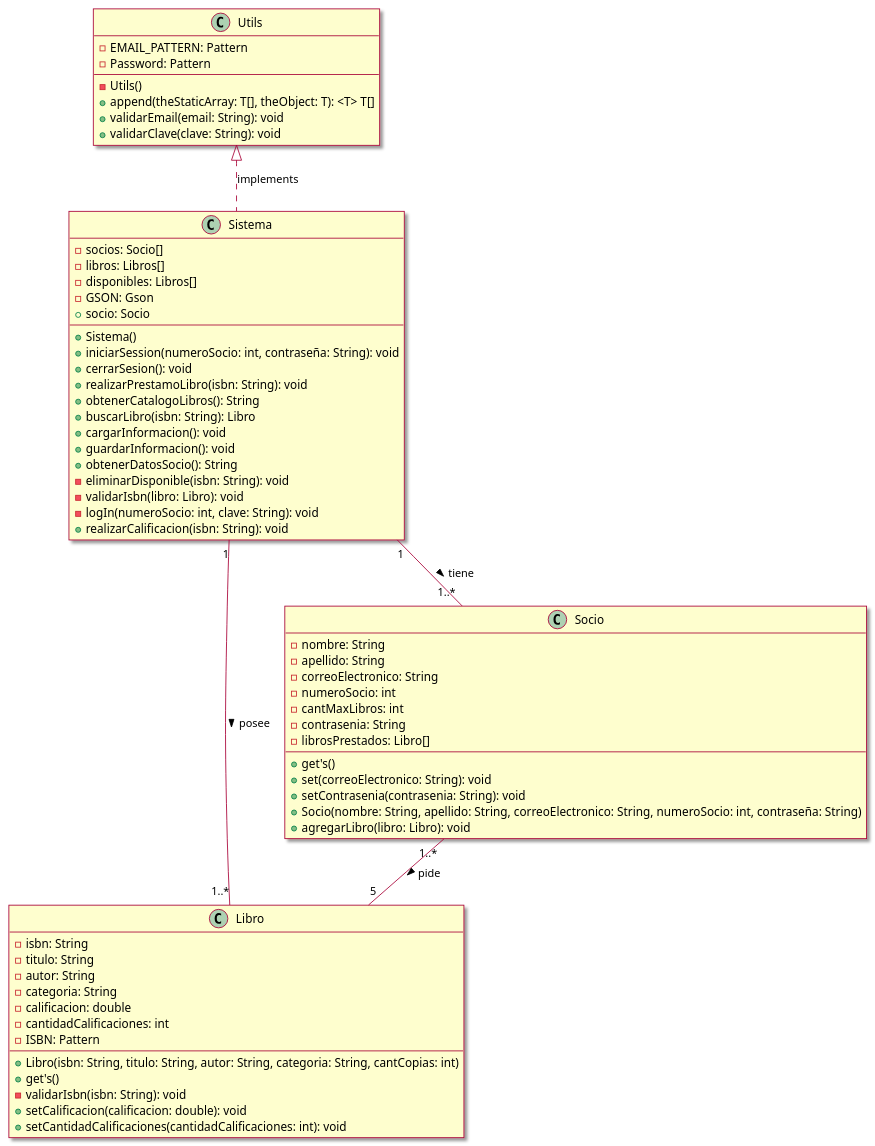
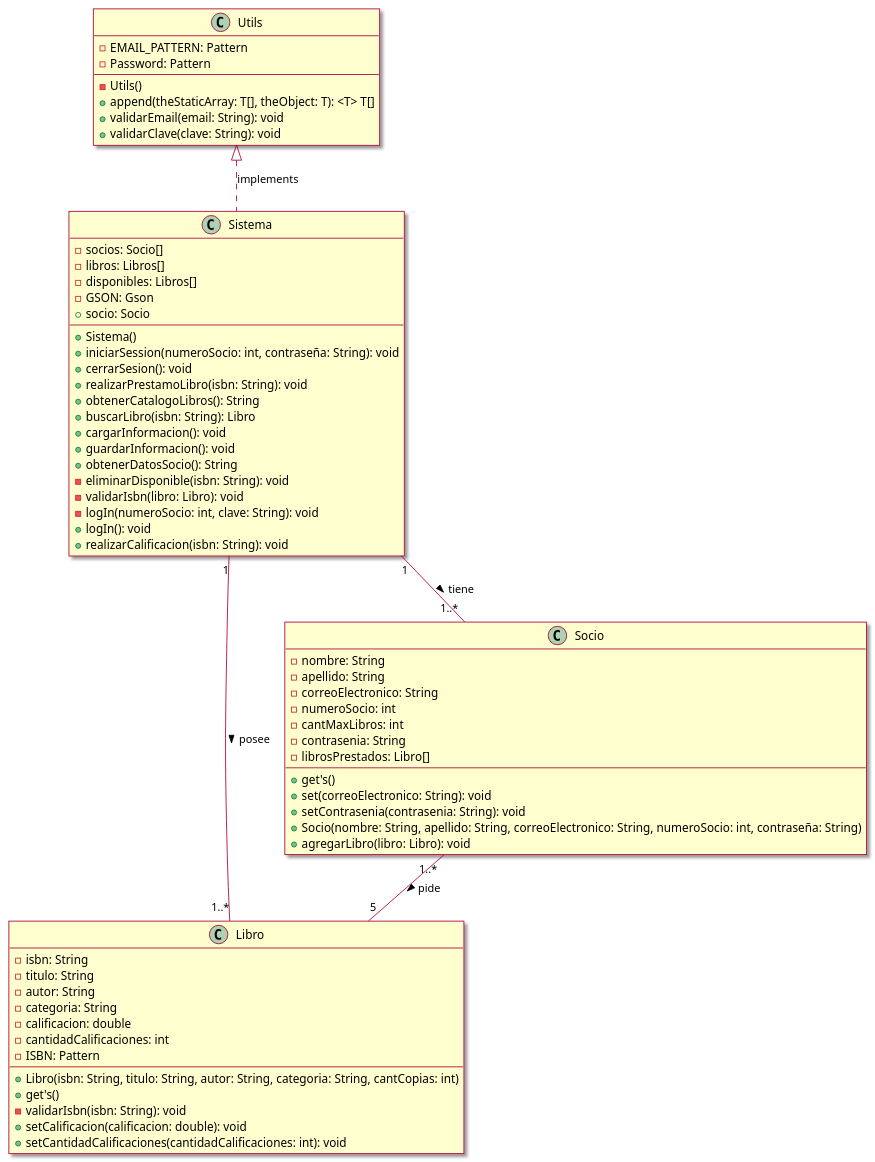
Before and after one commit to ProMDFK123/Taller2: the diagram in bibliotech/clases.puml, drawn with PlantUML. The commit also changed 4 other files, not shown here.

```diff
--- a/bibliotech/clases.puml
+++ b/bibliotech/clases.puml
@@ -1,68 +1,69 @@
 @startuml
 skin rose
 
 Class Libro{
 -isbn: String
 -titulo: String
 -autor: String
 -categoria: String
 -calificacion: double
 -cantidadCalificaciones: int
 -ISBN: Pattern
 +Libro(isbn: String, titulo: String, autor: String, categoria: String, cantCopias: int)
 +get's()
 -validarIsbn(isbn: String): void
 +setCalificacion(calificacion: double): void
 +setCantidadCalificaciones(cantidadCalificaciones: int): void
 }
 
 Class Socio{
 -nombre: String
 -apellido: String
 -correoElectronico: String
 -numeroSocio: int
 -cantMaxLibros: int
 -contrasenia: String
 -librosPrestados: Libro[]
 +get's()
 +set(correoElectronico: String): void
 +setContrasenia(contrasenia: String): void
 +Socio(nombre: String, apellido: String, correoElectronico: String, numeroSocio: int, contraseña: String)
 +agregarLibro(libro: Libro): void
 }
 
 Class Sistema{
 -socios: Socio[]
 -libros: Libros[]
 -disponibles: Libros[]
 -GSON: Gson
 +socio: Socio
 +Sistema()
 +iniciarSession(numeroSocio: int, contraseña: String): void
 +cerrarSesion(): void
 +realizarPrestamoLibro(isbn: String): void
 +obtenerCatalogoLibros(): String
 +buscarLibro(isbn: String): Libro
 +cargarInformacion(): void
 +guardarInformacion(): void
 +obtenerDatosSocio(): String
 -eliminarDisponible(isbn: String): void
 -validarIsbn(libro: Libro): void
 -logIn(numeroSocio: int, clave: String): void
++logIn(): void
 +realizarCalificacion(isbn: String): void
 }
 
 Class Utils{
 -EMAIL_PATTERN: Pattern
 -Password: Pattern
 -Utils()
 +append(theStaticArray: T[], theObject: T): <T> T[]
 +validarEmail(email: String): void
 +validarClave(clave: String): void
 }
 
 Sistema"1"--"1..*"Libro: posee >
 Sistema"1"--"1..*"Socio: tiene >
 Socio"1..*"--"5"Libro: pide >
 Utils ^.. Sistema: implements
 @enduml
```
